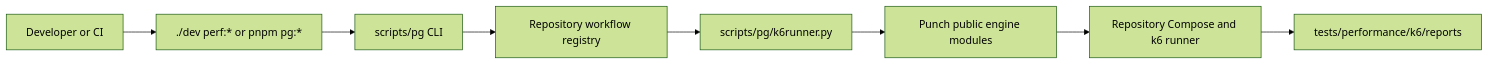
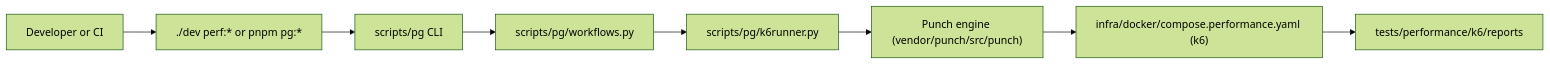
One commit to nicopizar00/expresso-engineering-playground changed the diagram in docs/architecture/punch-implementation.md. Above: the diagram before and after it, drawn with Mermaid (forest theme). The commit also changed other lines of this file and 5 other files, not shown here.

First line of the commit message:
docs(architecture): index Punch docs, drop duplicate guide

````diff
--- a/docs/architecture/punch-implementation.md
+++ b/docs/architecture/punch-implementation.md
@@ -15,10 +24,10 @@
 ```mermaid
 flowchart LR
   User["Developer or CI"] --> Dev["./dev perf:* or pnpm pg:*"]
   Dev --> CLI["scripts/pg CLI"]
-  CLI --> Registry["Repository workflow registry"]
+  CLI --> Registry["scripts/pg/workflows.py"]
   Registry --> Adapter["scripts/pg/k6runner.py"]
-  Adapter --> Engine["Punch public engine modules"]
-  Engine --> Compose["Repository Compose and k6 runner"]
+  Adapter --> Engine["Punch engine (vendor/punch/src/punch)"]
+  Engine --> Compose["infra/docker/compose.performance.yaml (k6)"]
   Compose --> Artifacts["tests/performance/k6/reports"]
 ```
````
